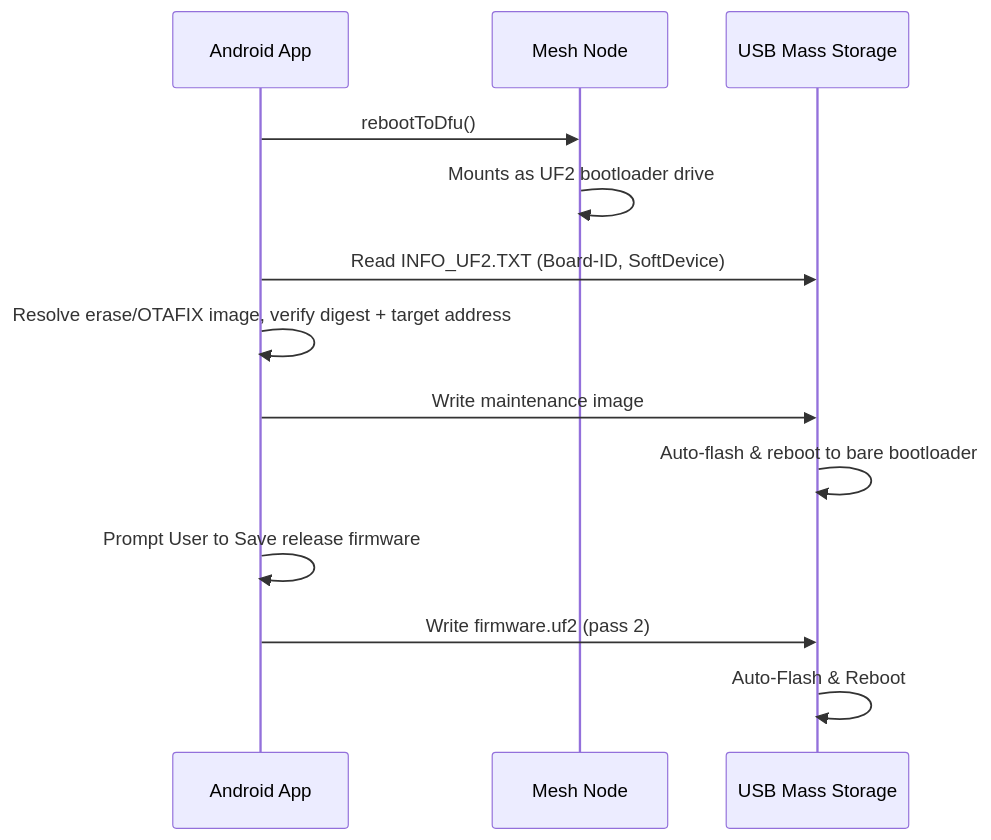
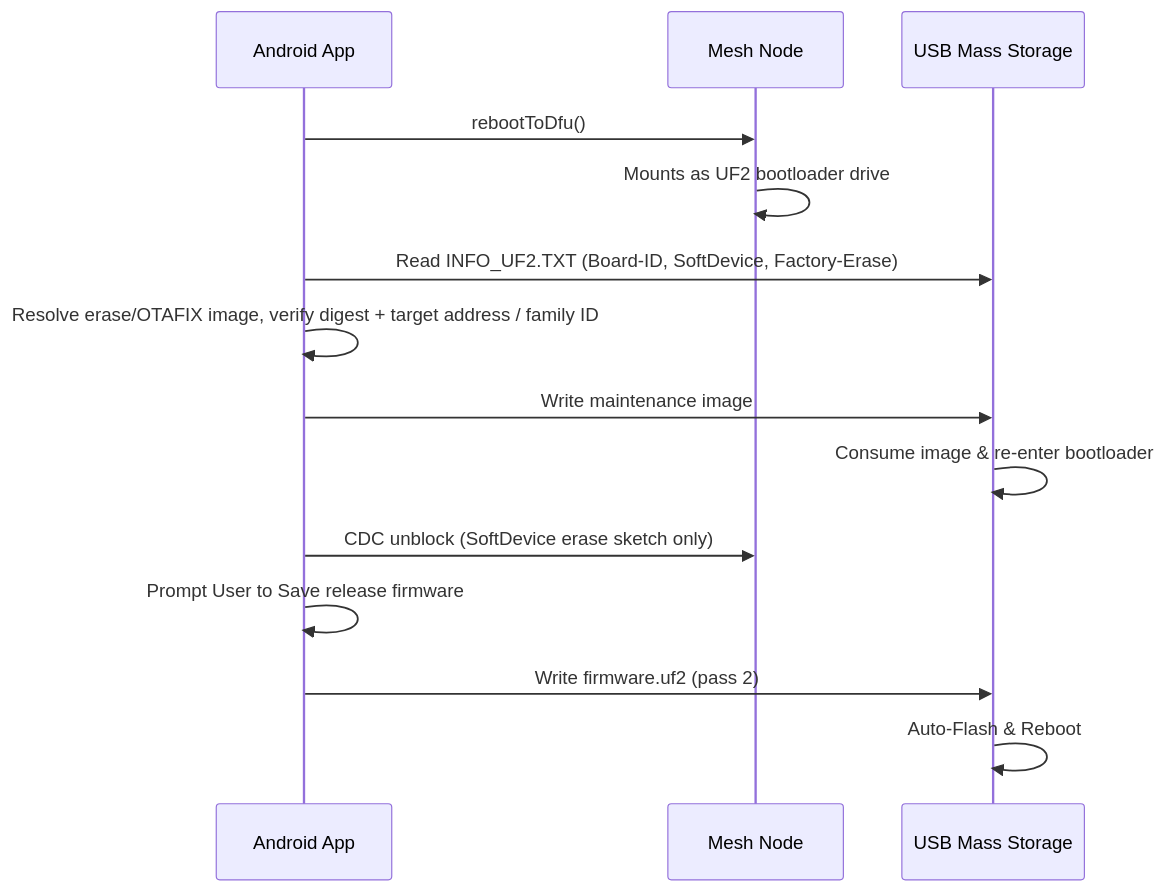
One commit to meshtastic/Meshtastic-Android changed the fourth of 5 diagrams in feature/firmware/README.md. Above: the diagram before and after it, drawn with Mermaid. The commit also changed other lines of this file and 18 other files, not shown here.

````diff
--- a/feature/firmware/README.md
+++ b/feature/firmware/README.md
@@ -87,16 +92,17 @@
 ```mermaid
 sequenceDiagram
     participant App as Android App
     participant Radio as Mesh Node
     participant USB as USB Mass Storage
 
     App->>Radio: rebootToDfu()
     Radio->>Radio: Mounts as UF2 bootloader drive
-    App->>USB: Read INFO_UF2.TXT (Board-ID, SoftDevice)
-    App->>App: Resolve erase/OTAFIX image, verify digest + target address
+    App->>USB: Read INFO_UF2.TXT (Board-ID, SoftDevice, Factory-Erase)
+    App->>App: Resolve erase/OTAFIX image, verify digest + target address / family ID
     App->>USB: Write maintenance image
-    USB->>USB: Auto-flash & reboot to bare bootloader
+    USB->>USB: Consume image & re-enter bootloader
+    App->>Radio: CDC unblock (SoftDevice erase sketch only)
     App->>App: Prompt User to Save release firmware
     App->>USB: Write firmware.uf2 (pass 2)
     USB->>USB: Auto-Flash & Reboot
 ```
````
